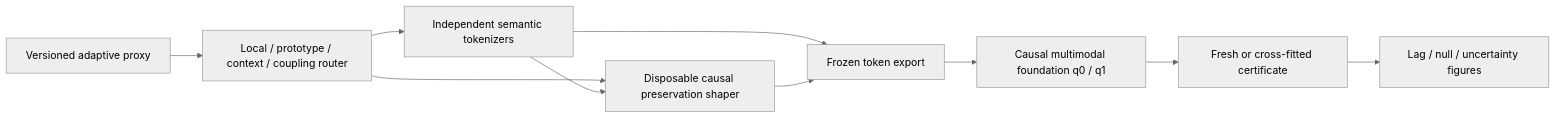
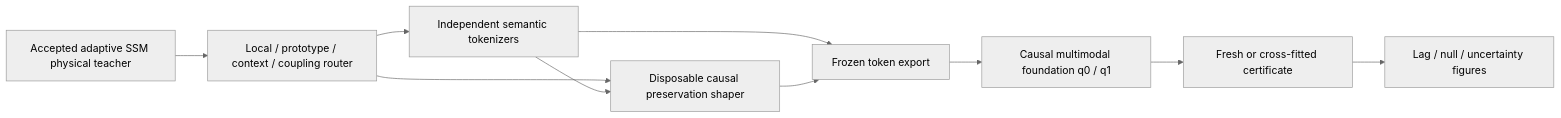
One commit to Kevin65536/PID-MCM changed the second of 3 diagrams in docs/architecture_changelog/2026-07-19_physical_teacher_gradient_entry_and_coupling_stages.md. Above: the diagram before and after it, drawn with Mermaid (neutral theme). The commit also changed 30 other files, not shown here.

Commit message:
docs: accept sign-calibrated physical teacher for E0

````diff
--- a/docs/architecture_changelog/2026-07-19_physical_teacher_gradient_entry_and_coupling_stages.md
+++ b/docs/architecture_changelog/2026-07-19_physical_teacher_gradient_entry_and_coupling_stages.md
@@ -31,15 +31,15 @@
 ```mermaid
 flowchart LR
     accTitle: Entry-routed preserve discover certify architecture
     accDescr: Teacher coordinates are routed by receptive field, an asymmetric shaper preserves a delayed bridge, the foundation model discovers context-dependent organization, and a fresh evaluator certifies it.
 
-    teacher["Versioned adaptive proxy"] --> router["Local / prototype / context / coupling router"]
+    teacher["Accepted adaptive SSM physical teacher"] --> router["Local / prototype / context / coupling router"]
     router --> tokenizer["Independent semantic tokenizers"]
     router --> shaper["Disposable causal preservation shaper"]
     tokenizer --> shaper
     tokenizer --> export["Frozen token export"]
     shaper --> export
     export --> foundation["Causal multimodal foundation q0 / q1"]
     foundation --> evaluator["Fresh or cross-fitted certificate"]
     evaluator --> figures["Lag / null / uncertainty figures"]
 ```
````
